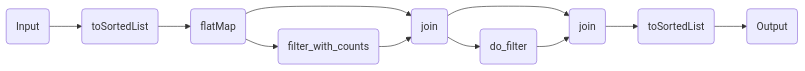
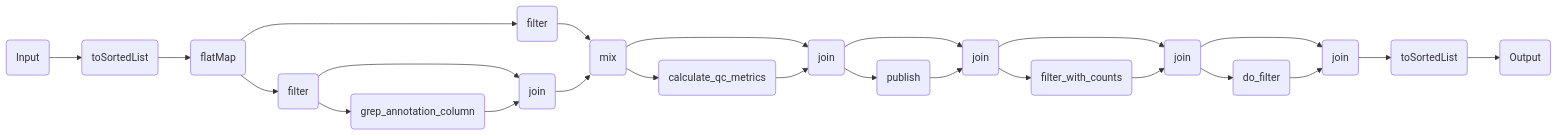
The diagram in components/workflows/multiomics/prot_singlesample.qmd (openpipelines-bio/website), drawn with Mermaid before and after one commit. The commit also changed other lines of this file and 95 other files, not shown here.

````diff
--- a/components/workflows/multiomics/prot_singlesample.qmd
+++ b/components/workflows/multiomics/prot_singlesample.qmd
@@ -117,24 +113,46 @@
 ```{mermaid}
 %%| column: screen-inset-shaded
 flowchart LR
-    p0(Input)
-    p3(toSortedList)
-    p5(flatMap)
-    p12(filter_with_counts)
-    p14(join)
-    p23(do_filter)
-    p25(join)
-    p31(toSortedList)
-    p33(Output)
-    p0-->p3
-    p3-->p5
-    p5-->p14
-    p5-->p12
-    p12-->p14
-    p14-->p25
-    p14-->p23
-    p23-->p25
-    p25-->p31
-    p31-->p33
+    v0(Input)
+    v3(toSortedList)
+    v5(flatMap)
+    v10(filter)
+    v16(grep_annotation_column)
+    v18(join)
+    v22(mix)
+    v21(filter)
+    v28(calculate_qc_metrics)
+    v30(join)
+    v38(publish)
+    v40(join)
+    v49(filter_with_counts)
+    v51(join)
+    v59(do_filter)
+    v61(join)
+    v65(toSortedList)
+    v67(Output)
+    v21-->v22
+    v0-->v3
+    v3-->v5
+    v5-->v10
+    v5-->v21
+    v10-->v18
+    v10-->v16
+    v16-->v18
+    v18-->v22
+    v22-->v30
+    v22-->v28
+    v28-->v30
+    v30-->v40
+    v30-->v38
+    v38-->v40
+    v40-->v51
+    v40-->v49
+    v49-->v51
+    v51-->v61
+    v51-->v59
+    v59-->v61
+    v61-->v65
+    v65-->v67
 
 ```
````
